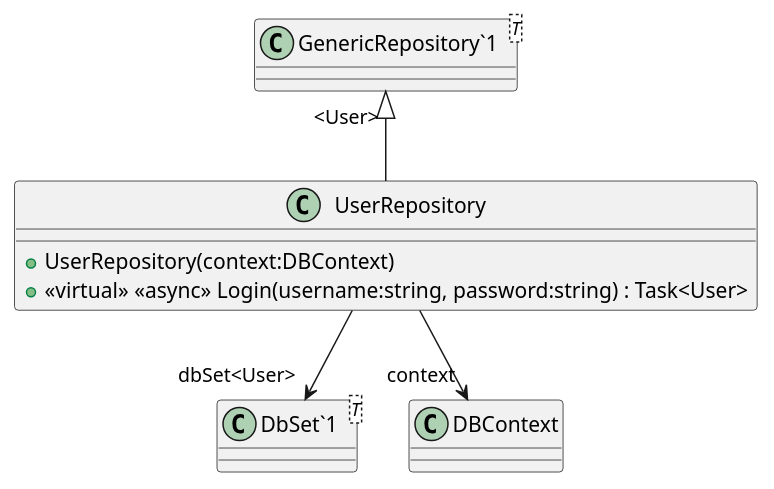
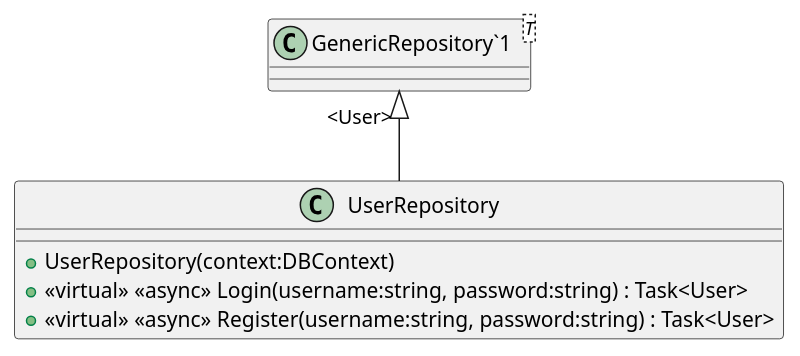
The diagram in YouthActionDotNet/UML/DAL/UserRepository.puml (timothxy/ICT2106_P3_Project), drawn with PlantUML before and after one commit. The commit also changed 18 other files, not shown here.

```diff
--- a/YouthActionDotNet/UML/DAL/UserRepository.puml
+++ b/YouthActionDotNet/UML/DAL/UserRepository.puml
@@ -1,13 +1,10 @@
 @startuml
 class UserRepository {
     + UserRepository(context:DBContext)
     + <<virtual>> <<async>> Login(username:string, password:string) : Task<User>
+    + <<virtual>> <<async>> Register(username:string, password:string) : Task<User>
 }
 class "GenericRepository`1"<T> {
 }
-class "DbSet`1"<T> {
-}
 "GenericRepository`1" "<User>" <|-- UserRepository
-UserRepository --> "context" DBContext
-UserRepository --> "dbSet<User>" "DbSet`1"
 @enduml
```
